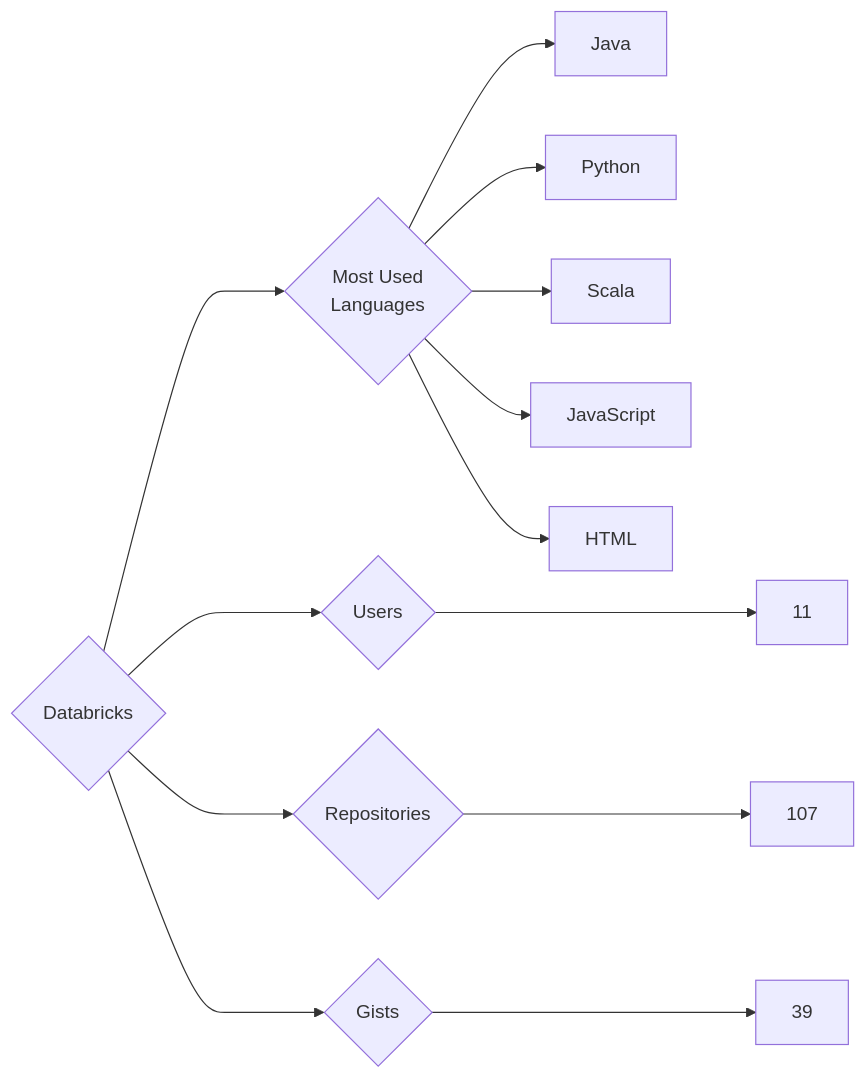
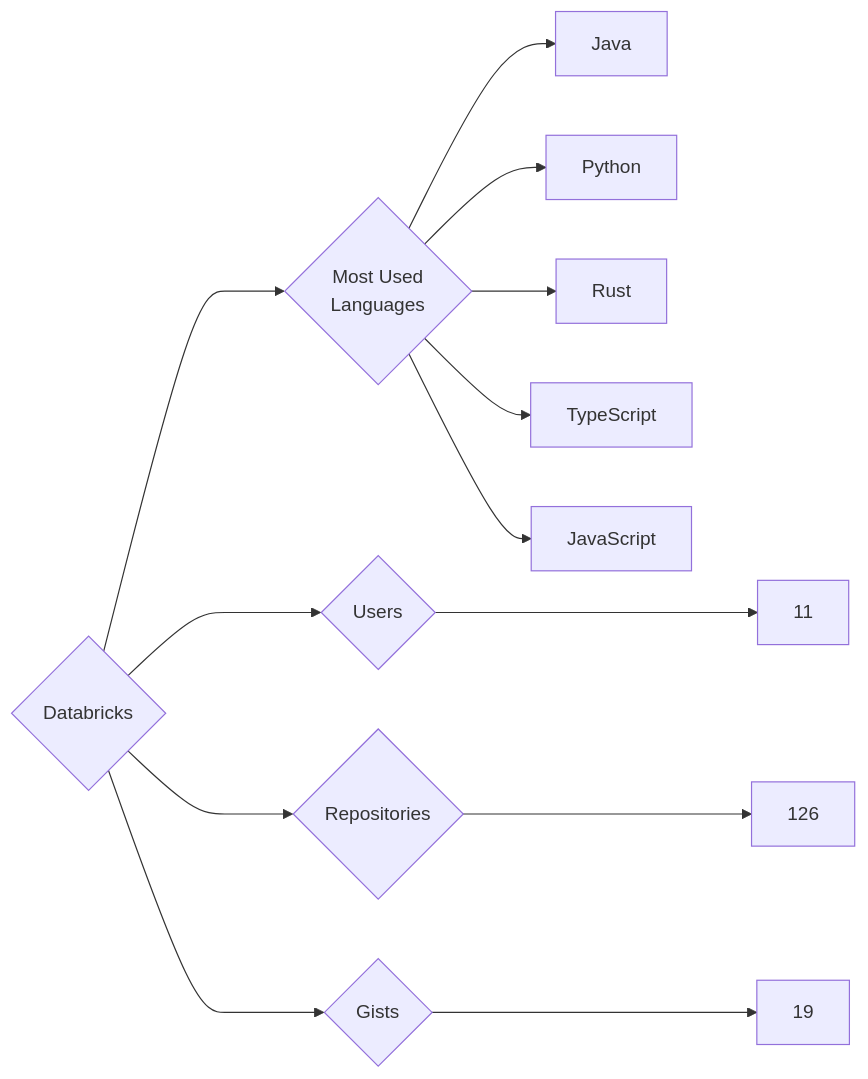
The diagram in targets/Databricks/README.md (trickest/insiders), drawn with Mermaid before and after one commit. The commit also changed 1170 other files, not shown here.

````diff
--- a/targets/Databricks/README.md
+++ b/targets/Databricks/README.md
@@ -3,13 +3,13 @@
 ```mermaid
 graph LR
 COMPANY_NAME{Databricks}
 COMPANY_NAME ---> U{Users} ---> UN[11]
-COMPANY_NAME ---> R{Repositories} ---> RN[107]
-COMPANY_NAME ---> G{Gists} ---> GN[39]
+COMPANY_NAME ---> R{Repositories} ---> RN[126]
+COMPANY_NAME ---> G{Gists} ---> GN[19]
 COMPANY_NAME ---> ML{Most Used<br>Languages}
 ML --> Java[Java]
 ML --> Python[Python]
-ML --> Scala[Scala]
+ML --> Rust[Rust]
+ML --> TypeScript[TypeScript]
 ML --> JavaScript[JavaScript]
-ML --> HTML[HTML]
 ```
````
